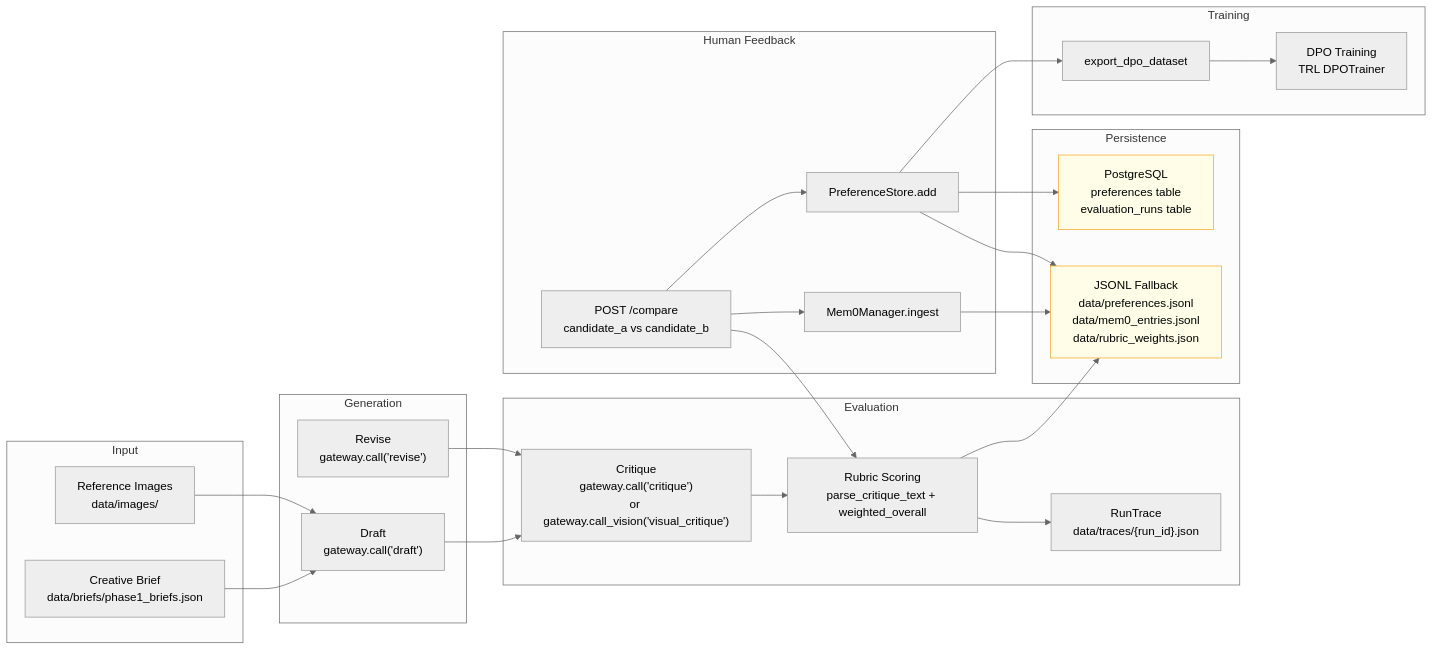
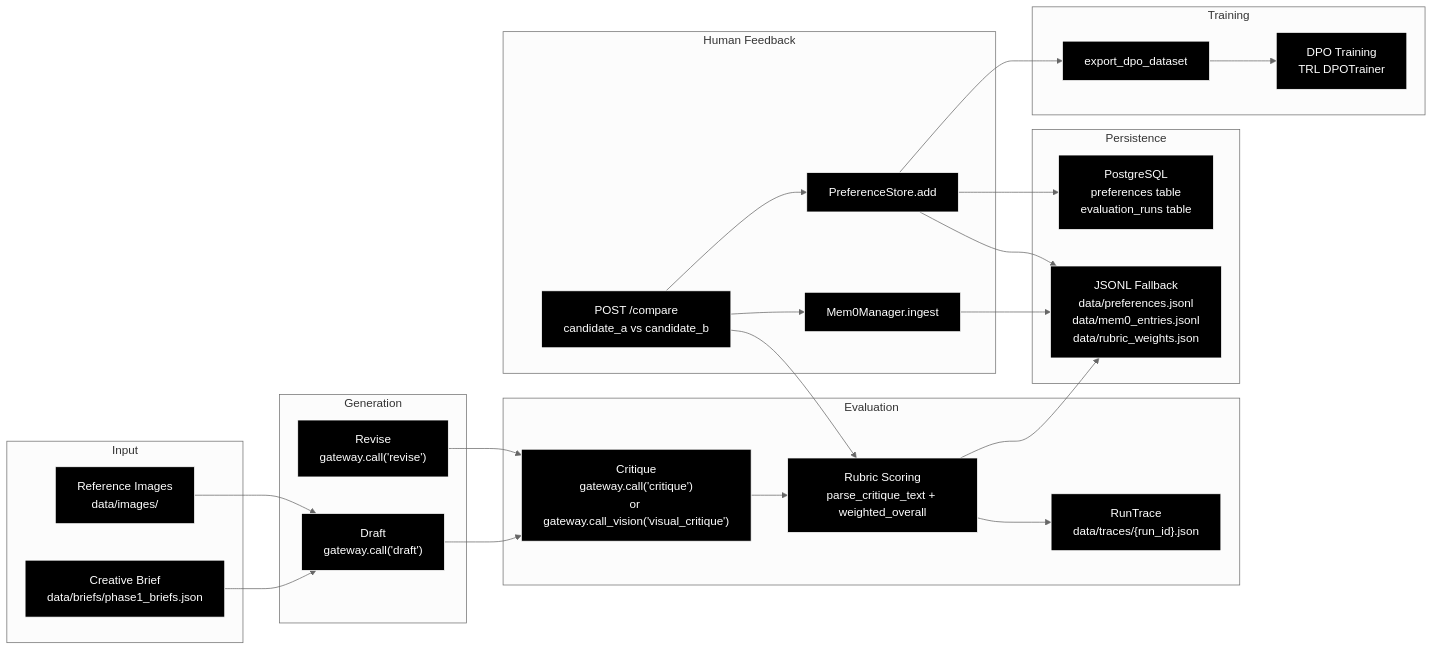
Before and after one commit to Hasan26ozcan/Script-Supervisor: the fifth of 16 diagrams in docs/TECHNICAL_DIAGRAMS.md, drawn with Mermaid (neutral theme). The commit also changed other lines of this file and 1 other file, not shown here.

Commit message:
update technical diagram

````diff
--- a/docs/TECHNICAL_DIAGRAMS.md
+++ b/docs/TECHNICAL_DIAGRAMS.md
@@ -279,56 +263,55 @@
 ```mermaid
 flowchart LR
     subgraph "Input"
         BRIEF["Creative Brief<br/>data/briefs/phase1_briefs.json"]
         IMAGES["Reference Images<br/>data/images/"]
     end
 
     subgraph "Generation"
         DRAFT["Draft<br/>gateway.call('draft')"]
         REVISE["Revise<br/>gateway.call('revise')"]
     end
 
     subgraph "Evaluation"
         CRITIQUE["Critique<br/>gateway.call('critique')<br/>or gateway.call_vision('visual_critique')"]
         RUBRIC["Rubric Scoring<br/>parse_critique_text + weighted_overall"]
         TRACE["RunTrace<br/>data/traces/{run_id}.json"]
     end
 
     subgraph "Human Feedback"
         COMPARE["POST /compare<br/>candidate_a vs candidate_b"]
         MEM0["Mem0Manager.ingest"]
         PREF_STORE["PreferenceStore.add"]
     end
 
     subgraph "Persistence"
         PG["PostgreSQL<br/>preferences table<br/>evaluation_runs table"]
         JSONL["JSONL Fallback<br/>data/preferences.jsonl<br/>data/mem0_entries.jsonl<br/>data/rubric_weights.json"]
     end
 
     subgraph "Training"
         EXPORT["export_dpo_dataset"]
         DPO["DPO Training<br/>TRL DPOTrainer"]
     end
 
     BRIEF --> DRAFT
     IMAGES --> DRAFT
     DRAFT --> CRITIQUE
     CRITIQUE --> RUBRIC
     RUBRIC --> TRACE
     REVISE --> CRITIQUE
 
     COMPARE --> MEM0
     COMPARE --> PREF_STORE
     COMPARE --> RUBRIC
 
     MEM0 --> JSONL
     PREF_STORE --> PG
     PREF_STORE --> JSONL
     RUBRIC --> JSONL
 
     PREF_STORE --> EXPORT
     EXPORT --> DPO
 
-    classDef store fill:#fffde7,stroke:#f9a825,stroke-width:1px;
-    class PG,JSONL store;
+    classDef default fill:#000000,stroke:#ffffff,stroke-width:1px,color:#ffffff
 ```
````
